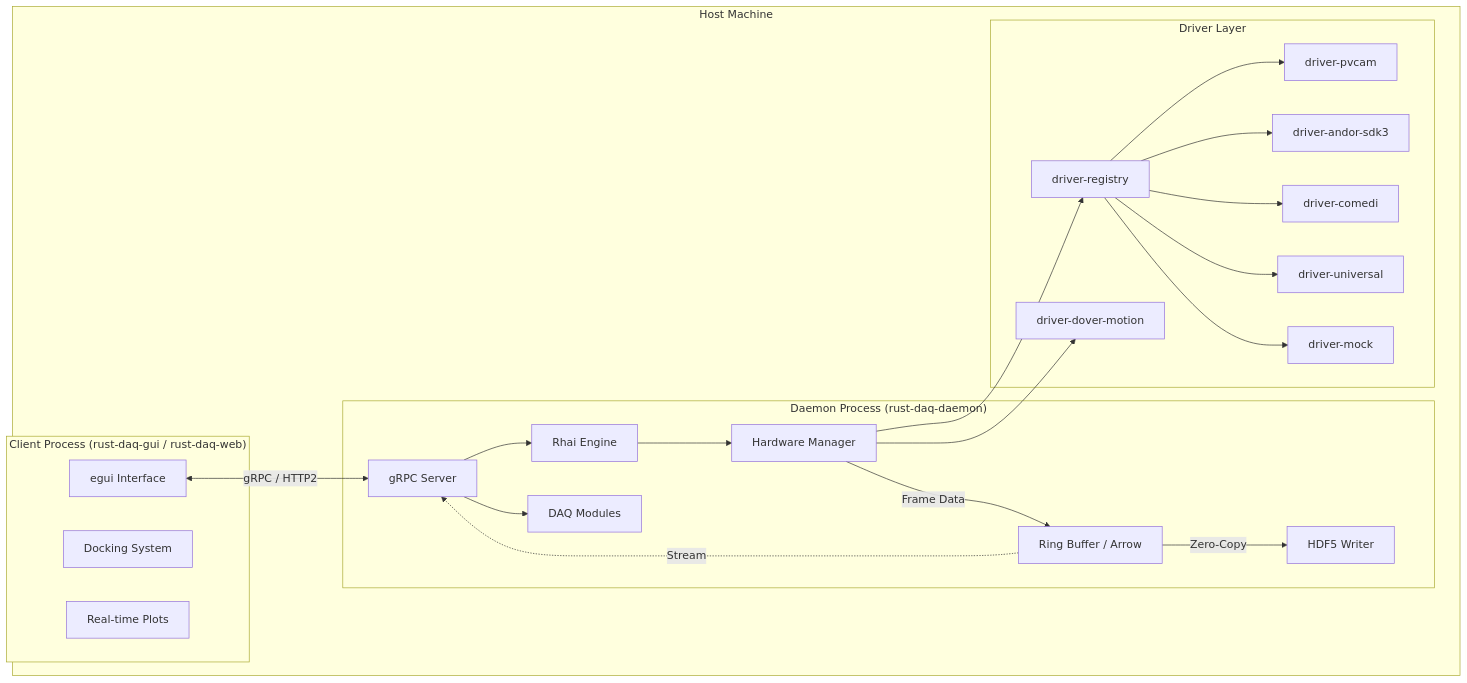
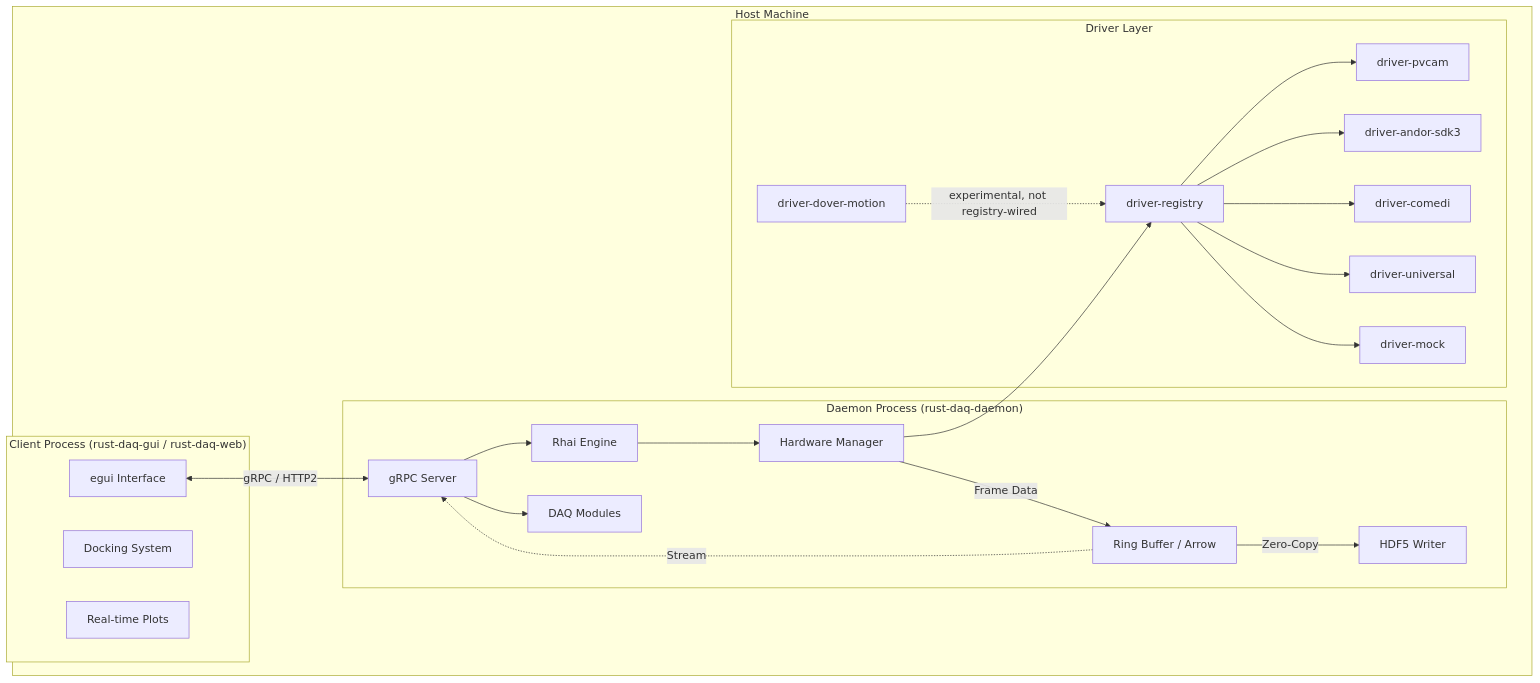
The diagram in docs/explanation/architecture.md (easternanemone/rudaq), drawn with Mermaid before and after one commit. The commit also changed other lines of this file and 82 other files, not shown here.

````diff
--- a/docs/explanation/architecture.md
+++ b/docs/explanation/architecture.md
@@ -82,45 +82,45 @@
 ```mermaid
 graph TD
     subgraph "Host Machine"
         subgraph "Daemon Process (rust-daq-daemon)"
             Server[gRPC Server]
             Script[Rhai Engine]
             Modules[DAQ Modules]
             HW[Hardware Manager]
             Ring[Ring Buffer / Arrow]
             Writer[HDF5 Writer]
         end
 
         subgraph "Client Process (rust-daq-gui / rust-daq-web)"
             GUI[egui Interface]
             Dock[Docking System]
             Plot[Real-time Plots]
         end
 
         subgraph "Driver Layer"
             DrvRegistry[driver-registry]
             DrvPvcam[driver-pvcam]
             DrvAndor[driver-andor-sdk3]
             DrvDover[driver-dover-motion]
             DrvComedi[driver-comedi]
             DrvUniversal[driver-universal]
             DrvMock[driver-mock]
         end
     end
 
     GUI <-->|gRPC / HTTP2| Server
 
     Server --> Script
     Server --> Modules
     Script --> HW
     HW --> DrvRegistry
     DrvRegistry --> DrvPvcam
     DrvRegistry --> DrvAndor
     DrvRegistry --> DrvComedi
-    HW --> DrvDover
+    DrvDover -.->|experimental, not registry-wired| DrvRegistry
     DrvRegistry --> DrvUniversal
     DrvRegistry --> DrvMock
     HW -->|Frame Data| Ring
     Ring -->|Zero-Copy| Writer
     Ring -.->|Stream| Server
 ```
````
